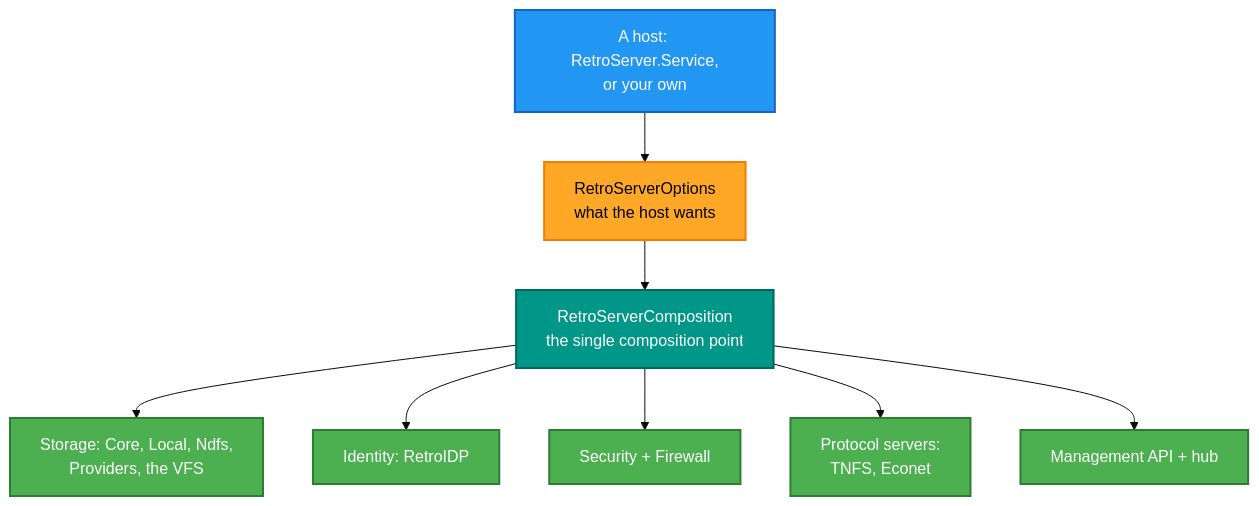
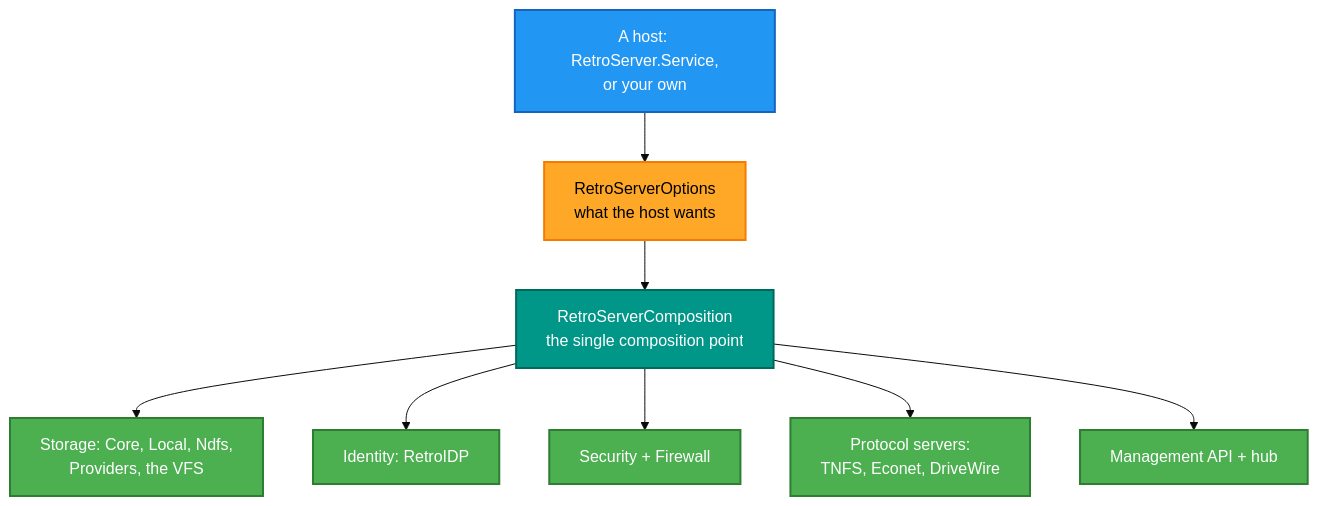
One commit to RetroCoreLabs/RetroIO changed the diagram in src/RetroIO.Server/README.md. Above: the diagram before and after it, drawn with Mermaid (base theme). The commit also changed 37 other files, not shown here.

````diff
--- a/src/RetroIO.Server/README.md
+++ b/src/RetroIO.Server/README.md
@@ -36,29 +36,29 @@
 ```mermaid
 flowchart TB
     HOST["A host: RetroServer.Service,<br/>or your own"]
     OPT["RetroServerOptions<br/>what the host wants"]
     COMP["RetroServerComposition<br/>the single composition point"]
 
     STORE["Storage: Core, Local, Ndfs,<br/>Providers, the VFS"]
     IDENT["Identity: RetroIDP"]
     SEC["Security + Firewall"]
-    PROTO["Protocol servers:<br/>TNFS, Econet"]
+    PROTO["Protocol servers:<br/>TNFS, Econet, DriveWire"]
     MGMT["Management API + hub"]
 
     HOST --> OPT --> COMP
     COMP --> STORE
     COMP --> IDENT
     COMP --> SEC
     COMP --> PROTO
     COMP --> MGMT
 
     classDef app  fill:#2196F3,stroke:#1565C0,stroke-width:2px,color:#fff
     classDef q    fill:#FFA726,stroke:#F57C00,stroke-width:2px,color:#000
     classDef core fill:#009688,stroke:#00695C,stroke-width:2px,color:#fff
     classDef ok   fill:#4CAF50,stroke:#2E7D32,stroke-width:2px,color:#fff
 
     class HOST app
     class OPT q
     class COMP core
     class STORE,IDENT,SEC,PROTO,MGMT ok
 ```
````
